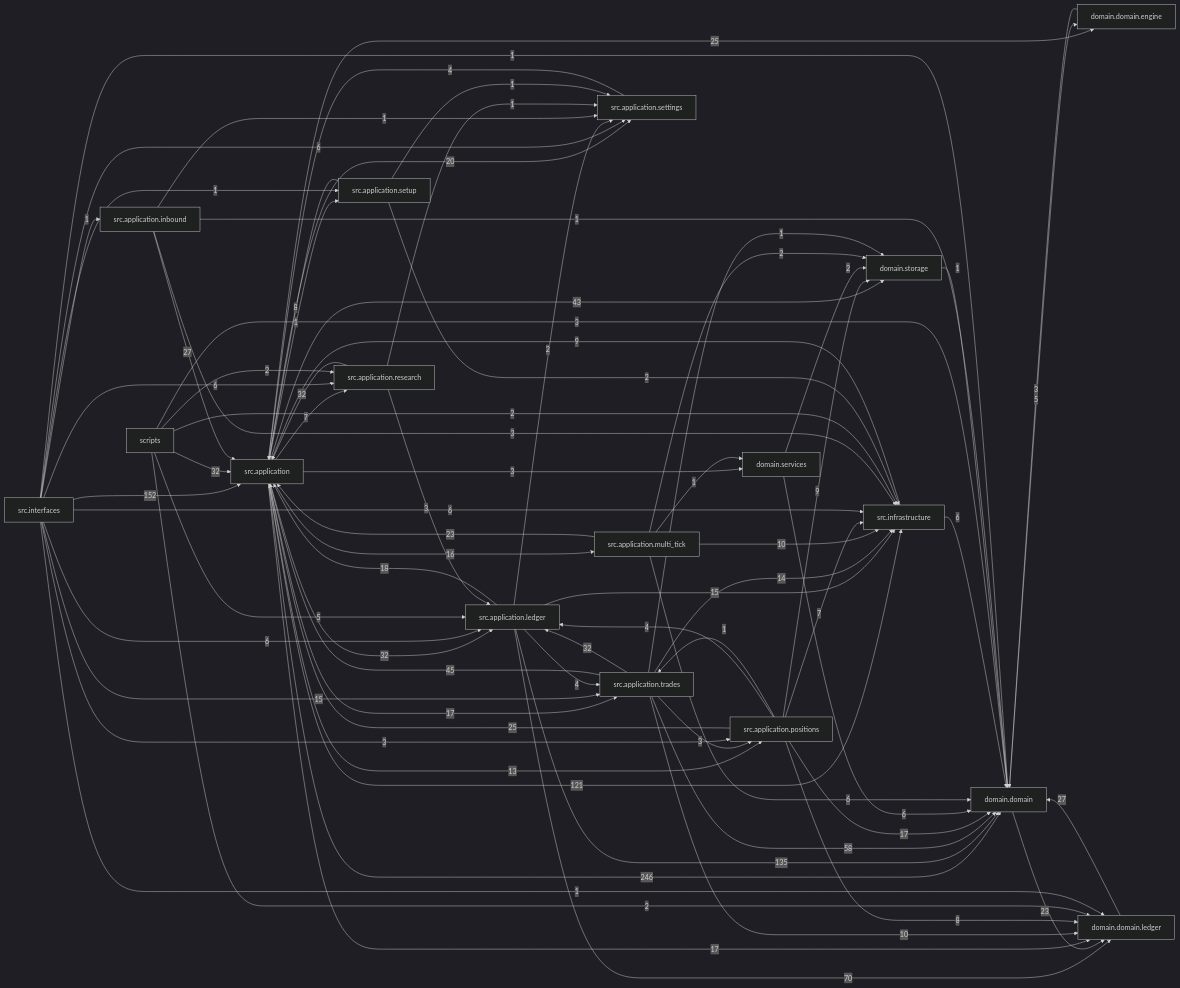
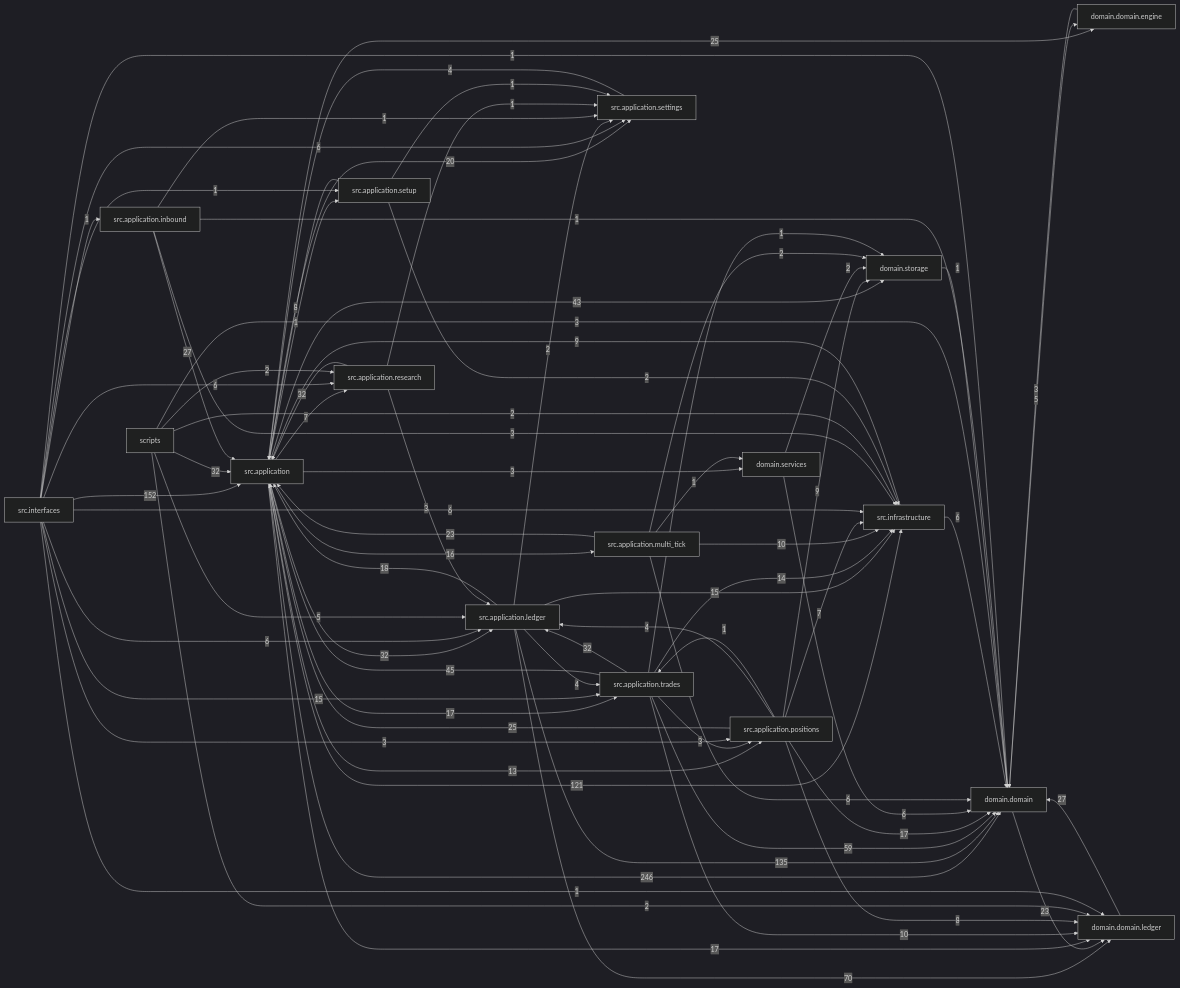
One commit to liuxie066/options-monitor changed the diagram in docs/dependency_graph.mmd. Above: the diagram before and after it, drawn with Mermaid (dark theme). The commit also changed 7 other files, not shown here.

```diff
--- a/docs/dependency_graph.mmd
+++ b/docs/dependency_graph.mmd
@@ -1,76 +1,76 @@
 flowchart LR
   src_application["src.application"] -->|246| domain_domain["domain.domain"]
   src_interfaces["src.interfaces"] -->|152| src_application["src.application"]
   src_application_ledger["src.application.ledger"] -->|135| domain_domain["domain.domain"]
   src_application["src.application"] -->|121| src_infrastructure["src.infrastructure"]
   src_application_ledger["src.application.ledger"] -->|70| domain_domain_ledger["domain.domain.ledger"]
-  src_application_trades["src.application.trades"] -->|58| domain_domain["domain.domain"]
+  src_application_trades["src.application.trades"] -->|59| domain_domain["domain.domain"]
   src_application_trades["src.application.trades"] -->|45| src_application["src.application"]
   src_application["src.application"] -->|43| domain_storage["domain.storage"]
   scripts["scripts"] -->|32| src_application["src.application"]
   src_application["src.application"] -->|32| src_application_ledger["src.application.ledger"]
   src_application_research["src.application.research"] -->|32| src_application["src.application"]
   src_application_trades["src.application.trades"] -->|32| src_application_ledger["src.application.ledger"]
   domain_domain_ledger["domain.domain.ledger"] -->|27| domain_domain["domain.domain"]
   src_application_inbound["src.application.inbound"] -->|27| src_application["src.application"]
   src_application["src.application"] -->|25| domain_domain_engine["domain.domain.engine"]
   src_application_positions["src.application.positions"] -->|25| src_application["src.application"]
   domain_domain["domain.domain"] -->|23| domain_domain_ledger["domain.domain.ledger"]
   src_application_multi_tick["src.application.multi_tick"] -->|23| src_application["src.application"]
   src_application["src.application"] -->|20| src_application_settings["src.application.settings"]
   src_application_ledger["src.application.ledger"] -->|18| src_application["src.application"]
   src_application["src.application"] -->|17| domain_domain_ledger["domain.domain.ledger"]
   src_application["src.application"] -->|17| src_application_trades["src.application.trades"]
   src_application_positions["src.application.positions"] -->|17| domain_domain["domain.domain"]
   src_application["src.application"] -->|16| src_application_multi_tick["src.application.multi_tick"]
   src_application_ledger["src.application.ledger"] -->|15| src_infrastructure["src.infrastructure"]
   src_interfaces["src.interfaces"] -->|15| src_application_trades["src.application.trades"]
   src_application_trades["src.application.trades"] -->|14| src_infrastructure["src.infrastructure"]
   src_application["src.application"] -->|13| src_application_positions["src.application.positions"]
   src_application_multi_tick["src.application.multi_tick"] -->|10| src_infrastructure["src.infrastructure"]
   src_application_trades["src.application.trades"] -->|10| domain_domain_ledger["domain.domain.ledger"]
   src_application_positions["src.application.positions"] -->|9| domain_storage["domain.storage"]
   src_infrastructure["src.infrastructure"] -->|9| src_application["src.application"]
   src_application_positions["src.application.positions"] -->|8| domain_domain_ledger["domain.domain.ledger"]
   src_application_setup["src.application.setup"] -->|8| src_application["src.application"]
   src_application["src.application"] -->|7| src_application_research["src.application.research"]
   src_application_positions["src.application.positions"] -->|7| src_infrastructure["src.infrastructure"]
   domain_services["domain.services"] -->|6| domain_domain["domain.domain"]
   src_application_multi_tick["src.application.multi_tick"] -->|6| domain_domain["domain.domain"]
   src_infrastructure["src.infrastructure"] -->|6| domain_domain["domain.domain"]
   src_interfaces["src.interfaces"] -->|6| src_application_ledger["src.application.ledger"]
   src_interfaces["src.interfaces"] -->|6| src_application_research["src.application.research"]
   src_interfaces["src.interfaces"] -->|6| src_application_settings["src.application.settings"]
   src_interfaces["src.interfaces"] -->|6| src_infrastructure["src.infrastructure"]
   domain_domain["domain.domain"] -->|5| domain_domain_engine["domain.domain.engine"]
   scripts["scripts"] -->|5| src_application_ledger["src.application.ledger"]
   src_application_ledger["src.application.ledger"] -->|4| src_application_trades["src.application.trades"]
   src_application_positions["src.application.positions"] -->|4| src_application_ledger["src.application.ledger"]
   src_application_settings["src.application.settings"] -->|4| src_application["src.application"]
   domain_domain_engine["domain.domain.engine"] -->|3| domain_domain["domain.domain"]
   scripts["scripts"] -->|3| domain_domain["domain.domain"]
   src_application["src.application"] -->|3| domain_services["domain.services"]
   src_application_inbound["src.application.inbound"] -->|3| src_infrastructure["src.infrastructure"]
   src_application_research["src.application.research"] -->|3| src_application_ledger["src.application.ledger"]
   src_application_trades["src.application.trades"] -->|3| src_application_positions["src.application.positions"]
   src_interfaces["src.interfaces"] -->|3| src_application_positions["src.application.positions"]
   domain_services["domain.services"] -->|2| domain_storage["domain.storage"]
   scripts["scripts"] -->|2| domain_domain_ledger["domain.domain.ledger"]
   scripts["scripts"] -->|2| src_application_research["src.application.research"]
   scripts["scripts"] -->|2| src_infrastructure["src.infrastructure"]
   src_application_ledger["src.application.ledger"] -->|2| src_application_settings["src.application.settings"]
   src_application_multi_tick["src.application.multi_tick"] -->|2| domain_storage["domain.storage"]
   src_application_setup["src.application.setup"] -->|2| src_infrastructure["src.infrastructure"]
   domain_storage["domain.storage"] -->|1| domain_domain["domain.domain"]
   src_application["src.application"] -->|1| src_application_setup["src.application.setup"]
   src_application_inbound["src.application.inbound"] -->|1| domain_domain["domain.domain"]
   src_application_inbound["src.application.inbound"] -->|1| src_application_settings["src.application.settings"]
   src_application_multi_tick["src.application.multi_tick"] -->|1| domain_services["domain.services"]
   src_application_positions["src.application.positions"] -->|1| src_application_trades["src.application.trades"]
   src_application_research["src.application.research"] -->|1| src_application_settings["src.application.settings"]
   src_application_setup["src.application.setup"] -->|1| src_application_settings["src.application.settings"]
   src_application_trades["src.application.trades"] -->|1| domain_storage["domain.storage"]
   src_interfaces["src.interfaces"] -->|1| domain_domain["domain.domain"]
   src_interfaces["src.interfaces"] -->|1| domain_domain_ledger["domain.domain.ledger"]
   src_interfaces["src.interfaces"] -->|1| src_application_inbound["src.application.inbound"]
   src_interfaces["src.interfaces"] -->|1| src_application_setup["src.application.setup"]
```
